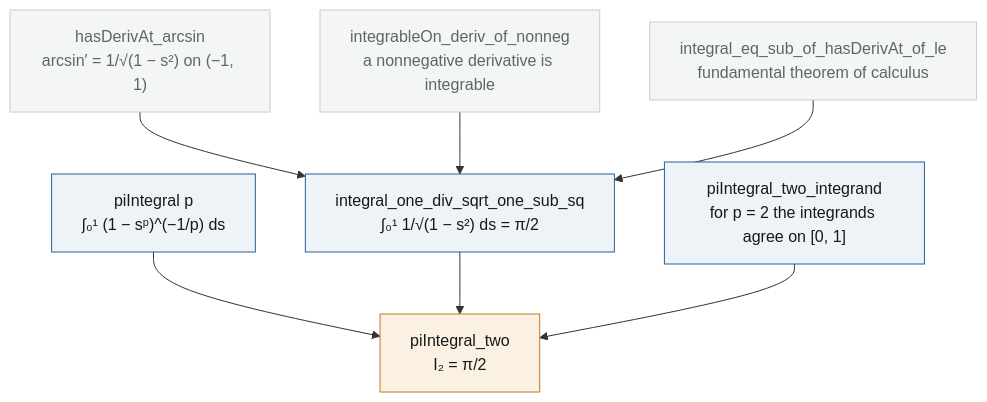
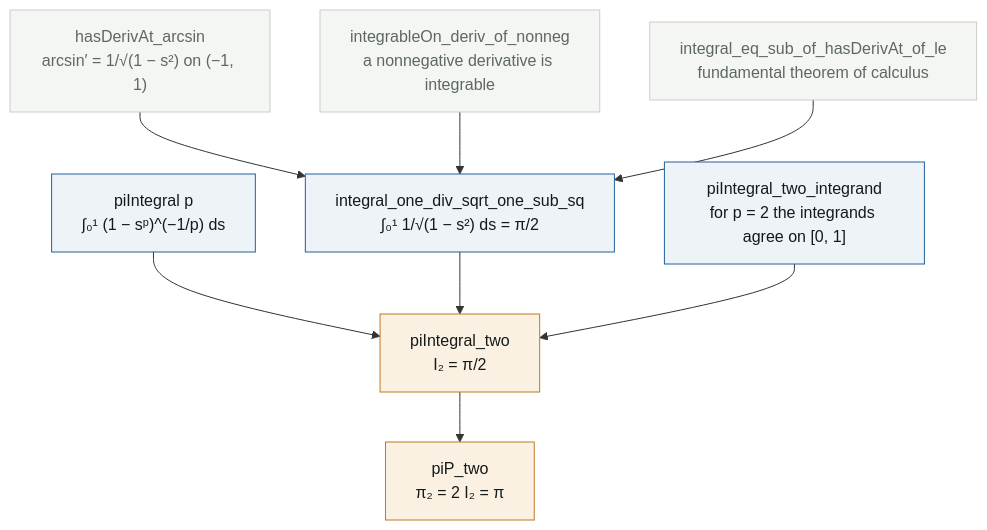
The diagram in notes/pi-p.md (enricristo/lean-repo), drawn with Mermaid before and after one commit. The commit also changed other lines of this file and 4 other files, not shown here.

````diff
--- a/notes/pi-p.md
+++ b/notes/pi-p.md
@@ -32,22 +36,24 @@
 ```mermaid
 graph TD
     D["piIntegral p<br/>∫₀¹ (1 − sᵖ)^(−1/p) ds"]
     A["integral_one_div_sqrt_one_sub_sq<br/>∫₀¹ 1/√(1 − s²) ds = π/2"]
     E["piIntegral_two_integrand<br/>for p = 2 the integrands agree on [0, 1]"]
     M["piIntegral_two<br/>I₂ = π/2"]
+    P["piP_two<br/>π₂ = 2 I₂ = π"]
     L1["hasDerivAt_arcsin<br/>arcsin′ = 1/√(1 − s²) on (−1, 1)"]
     L2["integrableOn_deriv_of_nonneg<br/>a nonnegative derivative is integrable"]
     L3["integral_eq_sub_of_hasDerivAt_of_le<br/>fundamental theorem of calculus"]
     L1 --> A
     L2 --> A
     L3 --> A
     D --> M
     A --> M
     E --> M
+    M --> P
     classDef main fill:#FBF1E3,stroke:#C07A1E,color:#141A18
     classDef ours fill:#EEF3F8,stroke:#24609C,color:#141A18
     classDef lib fill:#F3F6F2,stroke:#C9CEC8,color:#5D6862
-    class M main
+    class M,P main
     class D,A,E ours
     class L1,L2,L3 lib
 ```
````
